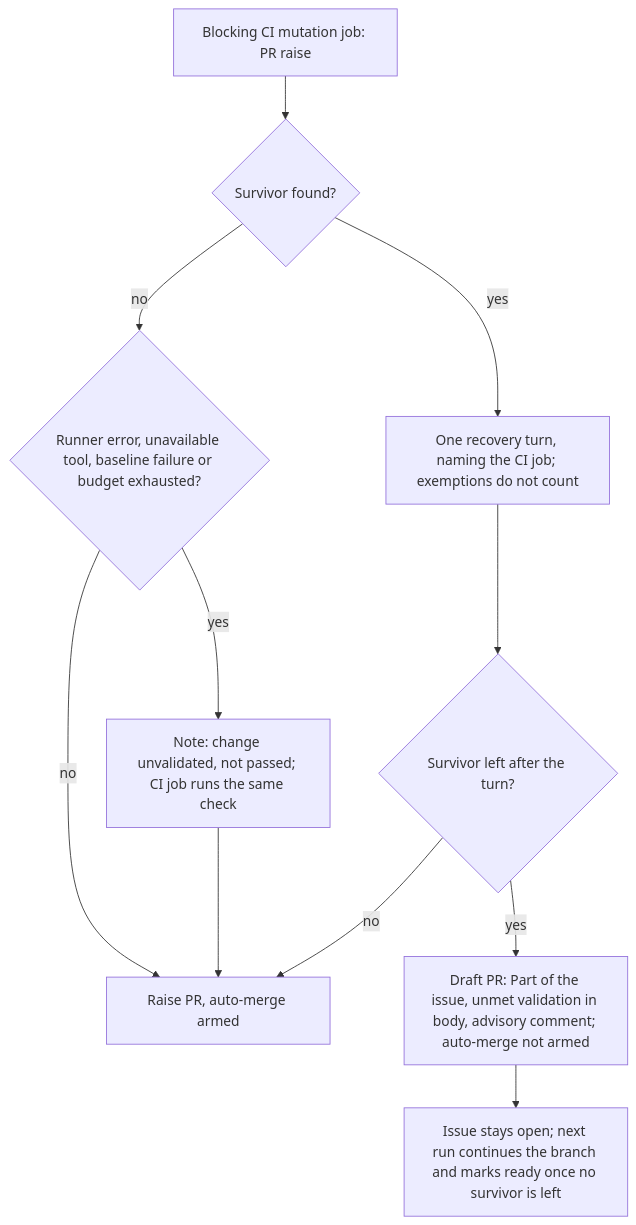
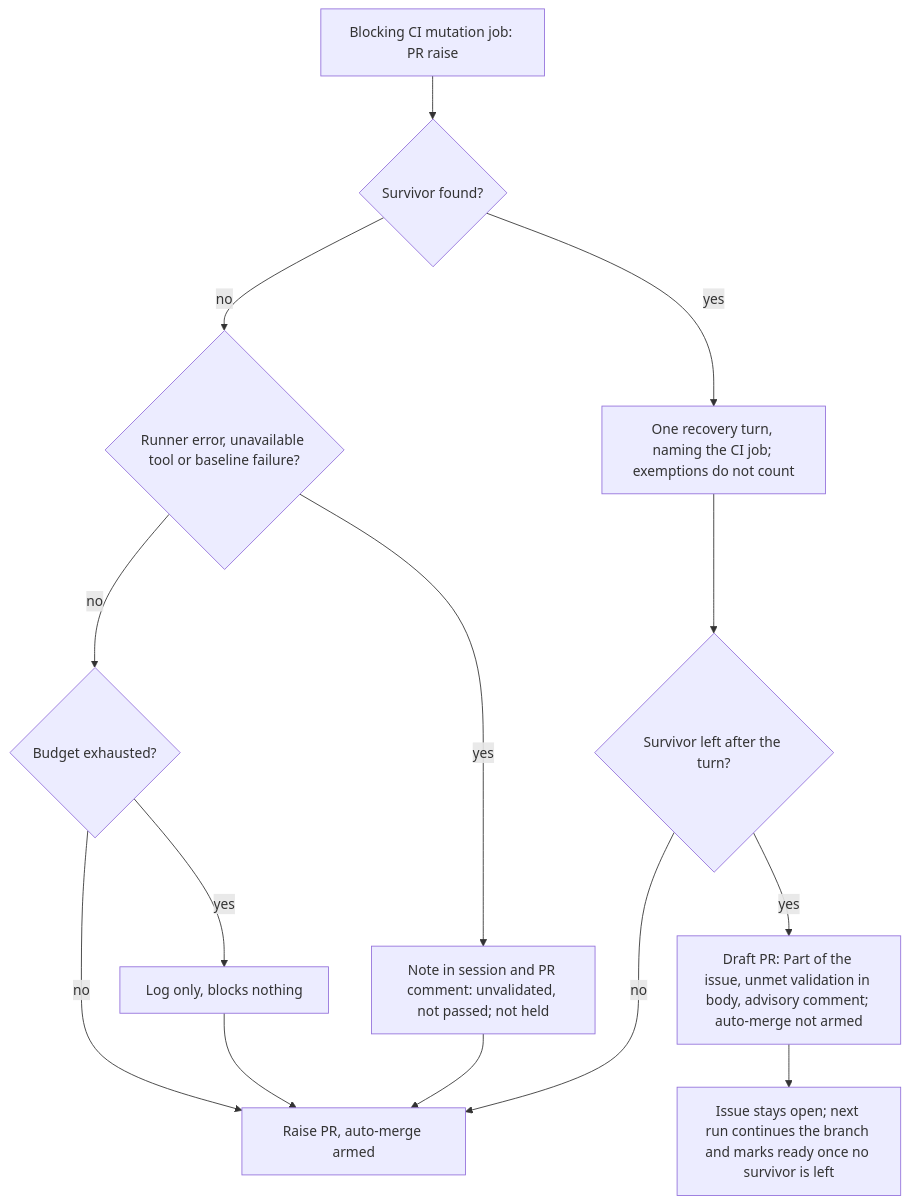
Before and after one commit to stSoftwareAU/VibeCoder: the second of 3 diagrams in docs/mutation-check.md, drawn with Mermaid. The commit also changed other lines of this file and 12 other files, not shown here.

````diff
--- a/docs/mutation-check.md
+++ b/docs/mutation-check.md
@@ -100,13 +110,16 @@
 ```mermaid
 flowchart TD
     A["Blocking CI mutation job: PR raise"] --> B{"Survivor found?"}
-    B -- no --> C{"Runner error, unavailable tool, baseline failure or budget exhausted?"}
-    C -- no --> Z["Raise PR, auto-merge armed"]
-    C -- yes --> N["Note: change unvalidated, not passed; CI job runs the same check"]
+    B -- no --> C{"Runner error, unavailable tool or baseline failure?"}
+    C -- no --> K{"Budget exhausted?"}
+    K -- no --> Z["Raise PR, auto-merge armed"]
+    K -- yes --> L["Log only, blocks nothing"]
+    L --> Z
+    C -- yes --> N["Note in session and PR comment: unvalidated, not passed; not held"]
     N --> Z
     B -- yes --> R["One recovery turn, naming the CI job; exemptions do not count"]
     R --> S{"Survivor left after the turn?"}
     S -- no --> Z
     S -- yes --> D["Draft PR: Part of the issue, unmet validation in body, advisory comment; auto-merge not armed"]
     D --> I["Issue stays open; next run continues the branch and marks ready once no survivor is left"]
 ```
````
